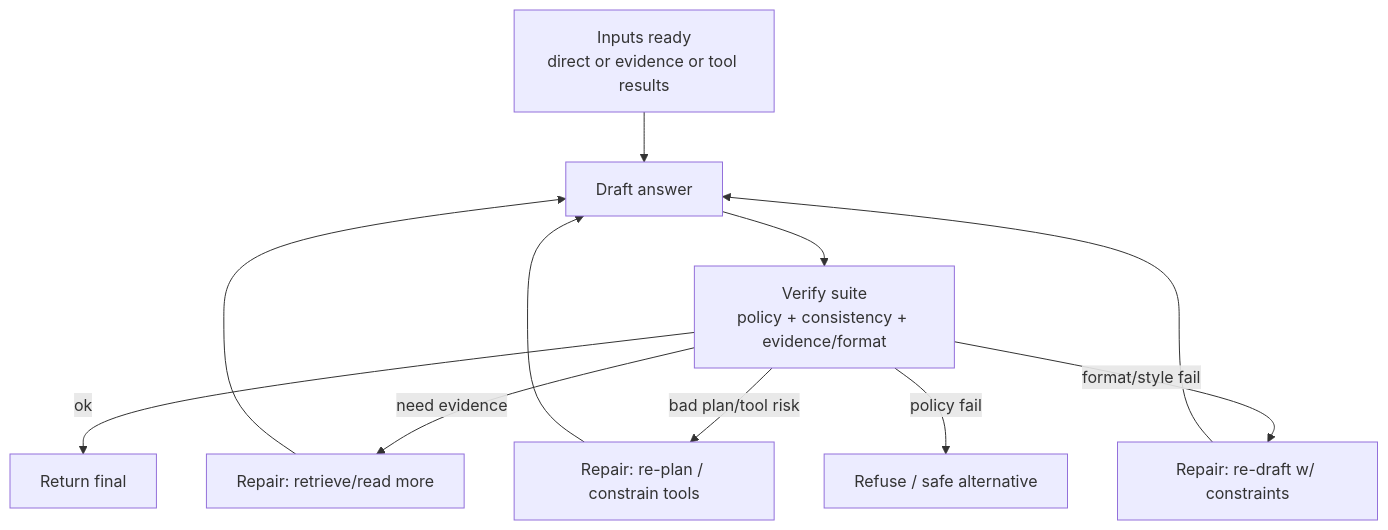
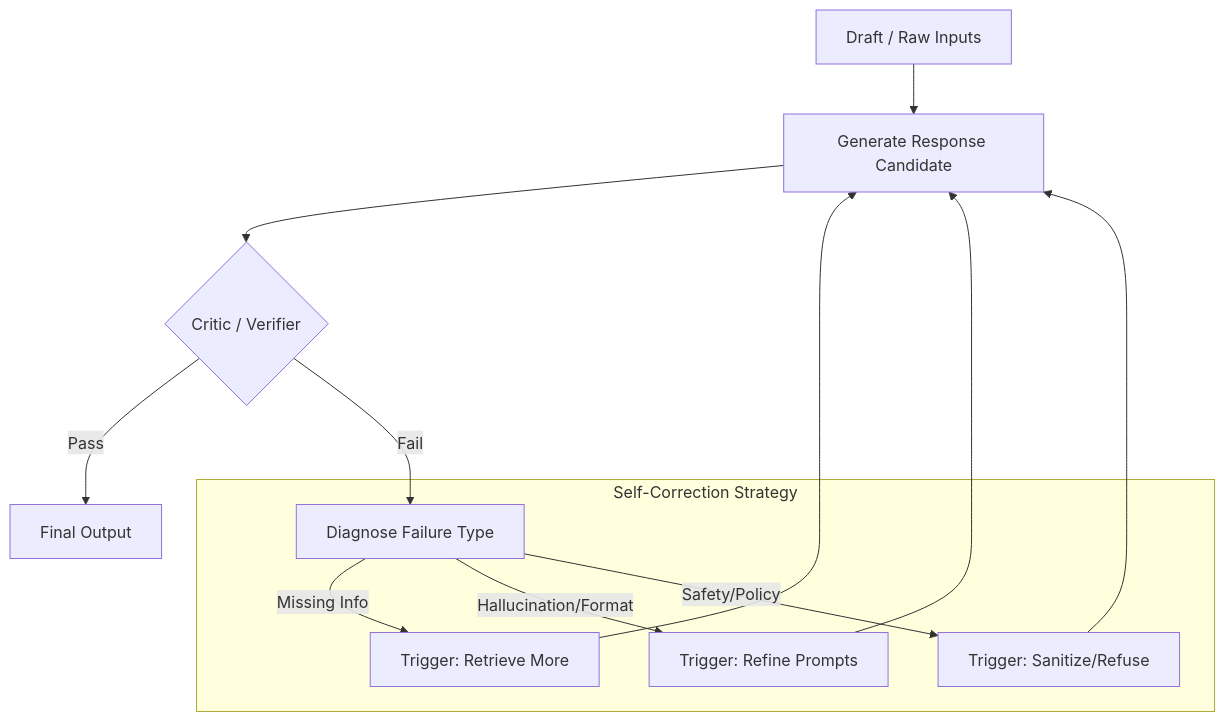
One commit to ynotopec/coder-brain changed the second of 5 diagrams in ideas/buffer-clean.md. Above: the diagram before and after it, drawn with Mermaid. The commit also changed other lines of this file, not shown here.

````diff
--- a/ideas/buffer-clean.md
+++ b/ideas/buffer-clean.md
@@ -42,16 +49,17 @@
 ```mermaid
 flowchart TD
-  IN[Inputs ready<br/>direct or evidence or tool results] --> GEN[Draft answer]
-  GEN --> VERIFY[Verify suite<br/>policy + consistency + evidence/format]
+  IN[Draft / Raw Inputs] --> GEN[Generate Response Candidate]
+  GEN --> CRITIC{Critic / Verifier}
 
-  VERIFY -->|ok| OUT[Return final]
+  CRITIC -->|Pass| OK[Final Output]
 
-  VERIFY -->|need evidence| REPAIR_RAG[Repair: retrieve/read more]
-  VERIFY -->|bad plan/tool risk| REPAIR_ACT[Repair: re-plan / constrain tools]
-  VERIFY -->|format/style fail| REPAIR_FMT[Repair: re-draft w/ constraints]
-  VERIFY -->|policy fail| REFUSE[Refuse / safe alternative]
+  CRITIC -->|Fail| DIAG[Diagnose Failure Type]
+  
+  subgraph SELF_CORRECTION [Self-Correction Strategy]
+    DIAG -->|Missing Info| C_RAG[Trigger: Retrieve More]
+    DIAG -->|Hallucination/Format| C_REFINE[Trigger: Refine Prompts]
+    DIAG -->|Safety/Policy| C_SAFE[Trigger: Sanitize/Refuse]
+  end
 
-  REPAIR_RAG --> GEN
-  REPAIR_ACT --> GEN
-  REPAIR_FMT --> GEN
+  C_RAG & C_REFINE & C_SAFE --> GEN
 ```
````
